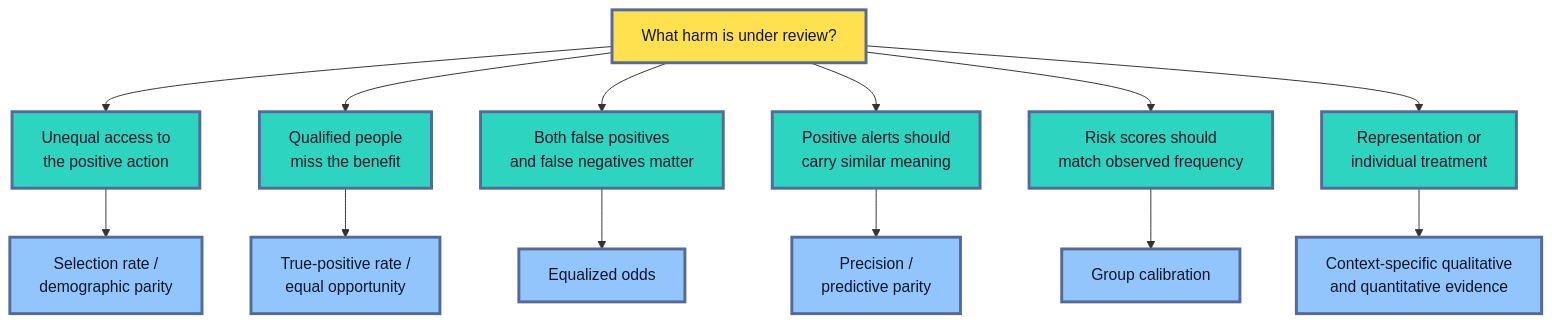
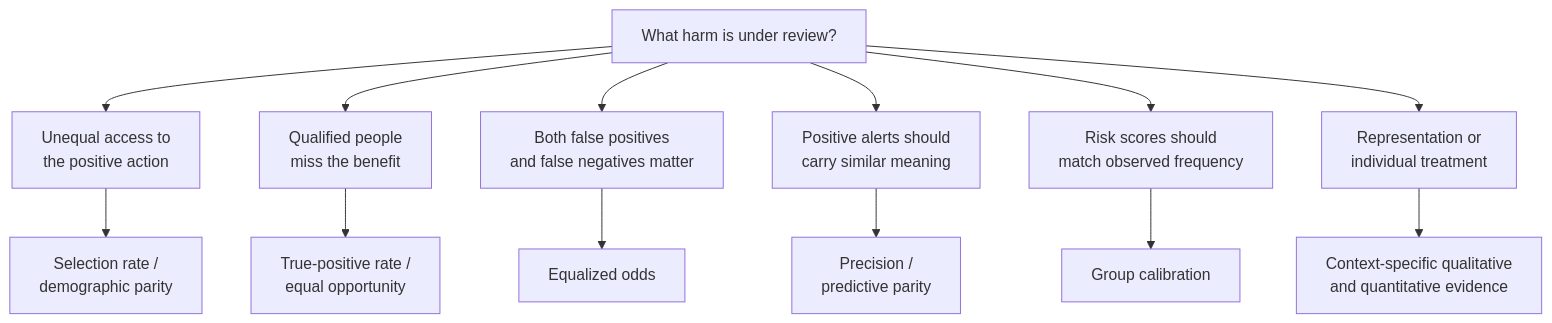
Before and after one commit to senlinyy/dev-roadmaps: the sixth of 14 diagrams in roadmaps/mlops/modules/model-evaluation/production-readiness/02-bias-fairness-responsible-evaluation.md, drawn with Mermaid. The commit also changed other lines of this file and 152 other files, not shown here.

Commit message:
feat: mlops and diagrams updated

````diff
--- a/roadmaps/mlops/modules/model-evaluation/production-readiness/02-bias-fairness-responsible-evaluation.md
+++ b/roadmaps/mlops/modules/model-evaluation/production-readiness/02-bias-fairness-responsible-evaluation.md
@@ -439,22 +423,19 @@
 ```mermaid
 flowchart TD
     A["What harm is under review?"] --> B["Unequal access to<br/>the positive action"]
     A --> C["Qualified people<br/>miss the benefit"]
     A --> D["Both false positives<br/>and false negatives matter"]
     A --> E["Positive alerts should<br/>carry similar meaning"]
     A --> F["Risk scores should<br/>match observed frequency"]
     A --> G["Representation or<br/>individual treatment"]
     B --> H["Selection rate /<br/>demographic parity"]
     C --> I["True-positive rate /<br/>equal opportunity"]
     D --> J["Equalized odds"]
     E --> K["Precision /<br/>predictive parity"]
     F --> L["Group calibration"]
     G --> M["Context-specific qualitative<br/>and quantitative evidence"]
 
-    classDef question fill:#FFE04F,stroke:#536A9A,stroke-width:3px,color:#111827
-    classDef harm fill:#2DD4BF,stroke:#536A9A,stroke-width:3px,color:#0F172A
-    classDef metric fill:#93C5FD,stroke:#536A9A,stroke-width:3px,color:#0F172A
     class A question
     class B,C,D,E,F,G harm
     class H,I,J,K,L,M metric
 ```
````
